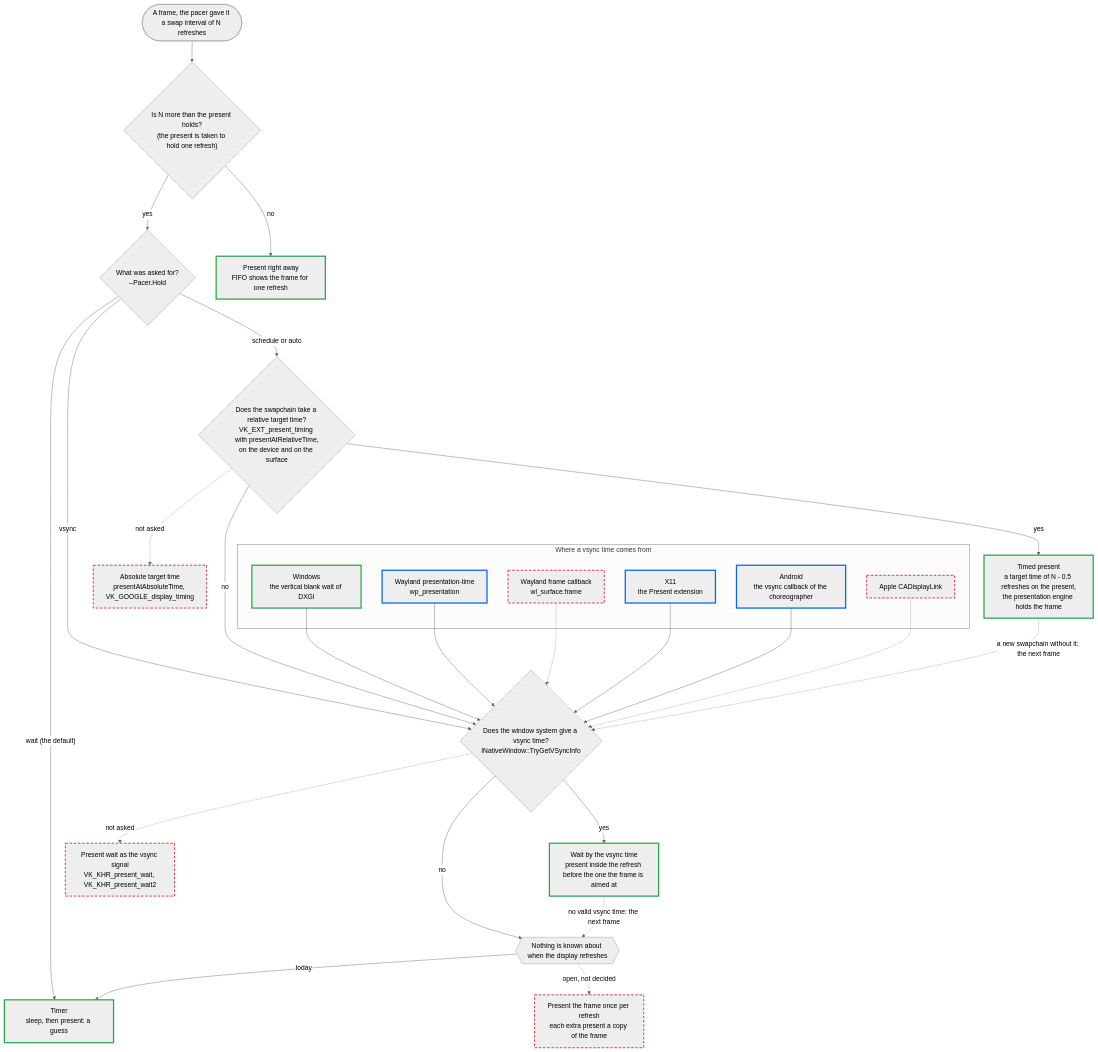
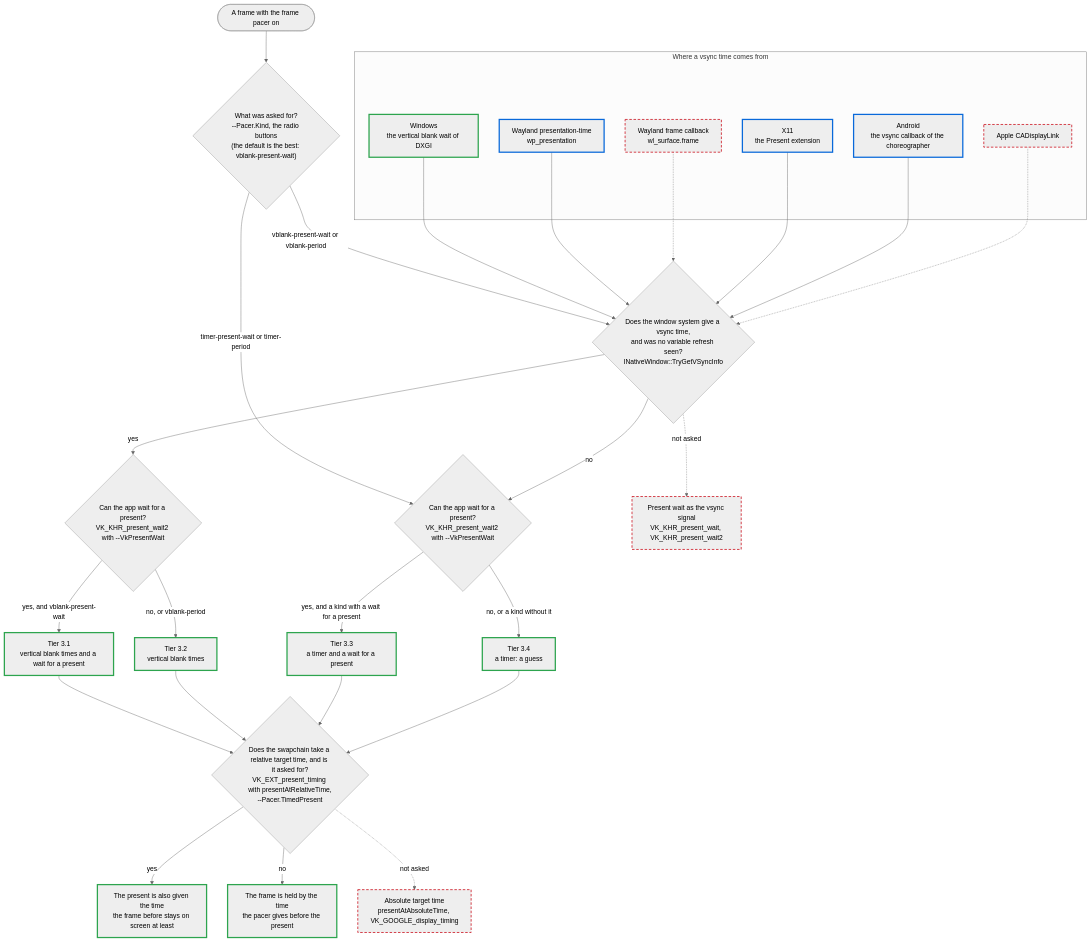
The diagram in Doc/FramePacingPlatformSupport.md (Unarmed1000/gtec-demo-framework), drawn with Mermaid (neutral theme) before and after one commit. The commit also changed other lines of this file and 90 other files, not shown here.

````diff
--- a/Doc/FramePacingPlatformSupport.md
+++ b/Doc/FramePacingPlatformSupport.md
@@ -382,56 +432,57 @@
 ```mermaid
 flowchart TD
-    frame(["A frame, the pacer gave it a swap interval of N refreshes"])
-    q1{"Is N more than the present holds?<br/>(the present is taken to hold one refresh)"}
-    q2{"What was asked for?<br/>--Pacer.Hold"}
-    q3{"Does the swapchain take a relative target time?<br/>VK_EXT_present_timing with presentAtRelativeTime,<br/>on the device and on the surface"}
-    q4{"Does the window system give a vsync time?<br/>INativeWindow::TryGetVSyncInfo"}
-    nothing{{"Nothing is known about when the display refreshes"}}
+    run(["A frame with the frame pacer on"])
+    q1{"What was asked for?<br/>--Pacer.Kind, the radio buttons<br/>(the default is the best: vblank-present-wait)"}
+    q2{"Does the window system give a vsync time,<br/>and was no variable refresh seen?<br/>INativeWindow::TryGetVSyncInfo"}
+    q3{"Can the app wait for a present?<br/>VK_KHR_present_wait2 with --VkPresentWait"}
+    q4{"Can the app wait for a present?<br/>VK_KHR_present_wait2 with --VkPresentWait"}
+    q5{"Does the swapchain take a relative target time, and is it asked for?<br/>VK_EXT_present_timing with presentAtRelativeTime,<br/>--Pacer.TimedPresent"}
 
-    fifo["Present right away<br/>FIFO shows the frame for one refresh"]:::measured
-    schedule["Timed present<br/>a target time of N - 0.5 refreshes on the present,<br/>the presentation engine holds the frame"]:::measured
-    vsync["Wait by the vsync time<br/>present inside the refresh before the one the frame is aimed at"]:::measured
-    timer["Timer<br/>sleep, then present: a guess"]:::measured
+    t31["Tier 3.1<br/>vertical blank times and a wait for a present"]:::measured
+    t32["Tier 3.2<br/>vertical blank times"]:::measured
+    t33["Tier 3.3<br/>a timer and a wait for a present"]:::measured
+    t34["Tier 3.4<br/>a timer: a guess"]:::measured
+    timed["The present is also given the time<br/>the frame before stays on screen at least"]:::measured
+    plain["The frame is held by the time<br/>the pacer gives before the present"]:::measured
 
     absolute["Absolute target time<br/>presentAtAbsoluteTime, VK_GOOGLE_display_timing"]:::notbuilt
     presentwait["Present wait as the vsync signal<br/>VK_KHR_present_wait, VK_KHR_present_wait2"]:::notbuilt
-    again["Present the frame once per refresh<br/>each extra present a copy of the frame"]:::notbuilt
 
     subgraph sources ["Where a vsync time comes from"]
         win["Windows<br/>the vertical blank wait of DXGI"]:::measured
         wlpresentation["Wayland presentation-time<br/>wp_presentation"]:::built
         wlframe["Wayland frame callback<br/>wl_surface.frame"]:::notbuilt
         x11present["X11<br/>the Present extension"]:::built
         android["Android<br/>the vsync callback of the choreographer"]:::built
         other["Apple CADisplayLink"]:::notbuilt
     end
 
-    frame --> q1
-    q1 -- "no" --> fifo
-    q1 -- "yes" --> q2
-    q2 -- "schedule or auto" --> q3
-    q2 -- "vsync" --> q4
-    q2 -- "wait (the default)" --> timer
-    q3 -- "yes" --> schedule
-    q3 -- "no" --> q4
-    q4 -- "yes" --> vsync
-    q4 -- "no" --> nothing
-    nothing -- "today" --> timer
-    nothing -. "open, not decided" .-> again
+    run --> q1
+    q1 -- "vblank-present-wait or vblank-period" --> q2
+    q1 -- "timer-present-wait or timer-period" --> q4
+    q2 -- "yes" --> q3
+    q2 -- "no" --> q4
+    q3 -- "yes, and vblank-present-wait" --> t31
+    q3 -- "no, or vblank-period" --> t32
+    q4 -- "yes, and a kind with a wait for a present" --> t33
+    q4 -- "no, or a kind without it" --> t34
+    t31 --> q5
+    t32 --> q5
+    t33 --> q5
+    t34 --> q5
+    q5 -- "yes" --> timed
+    q5 -- "no" --> plain
 
-    win --> q4
-    wlpresentation --> q4
-    wlframe -.-> q4
-    x11present --> q4
-    android --> q4
-    other -.-> q4
-    q3 -. "not asked" .-> absolute
-    q4 -. "not asked" .-> presentwait
-
-    schedule -. "a new swapchain without it: the next frame" .-> q4
-    vsync -. "no valid vsync time: the next frame" .-> nothing
+    win --> q2
+    wlpresentation --> q2
+    wlframe -.-> q2
+    x11present --> q2
+    android --> q2
+    other -.-> q2
+    q5 -. "not asked" .-> absolute
+    q2 -. "not asked" .-> presentwait
 
     classDef measured stroke:#2da44e,stroke-width:3px
     classDef built stroke:#0969da,stroke-width:3px
     classDef notbuilt stroke:#cf222e,stroke-width:2px,stroke-dasharray:6 4
 ```
````
